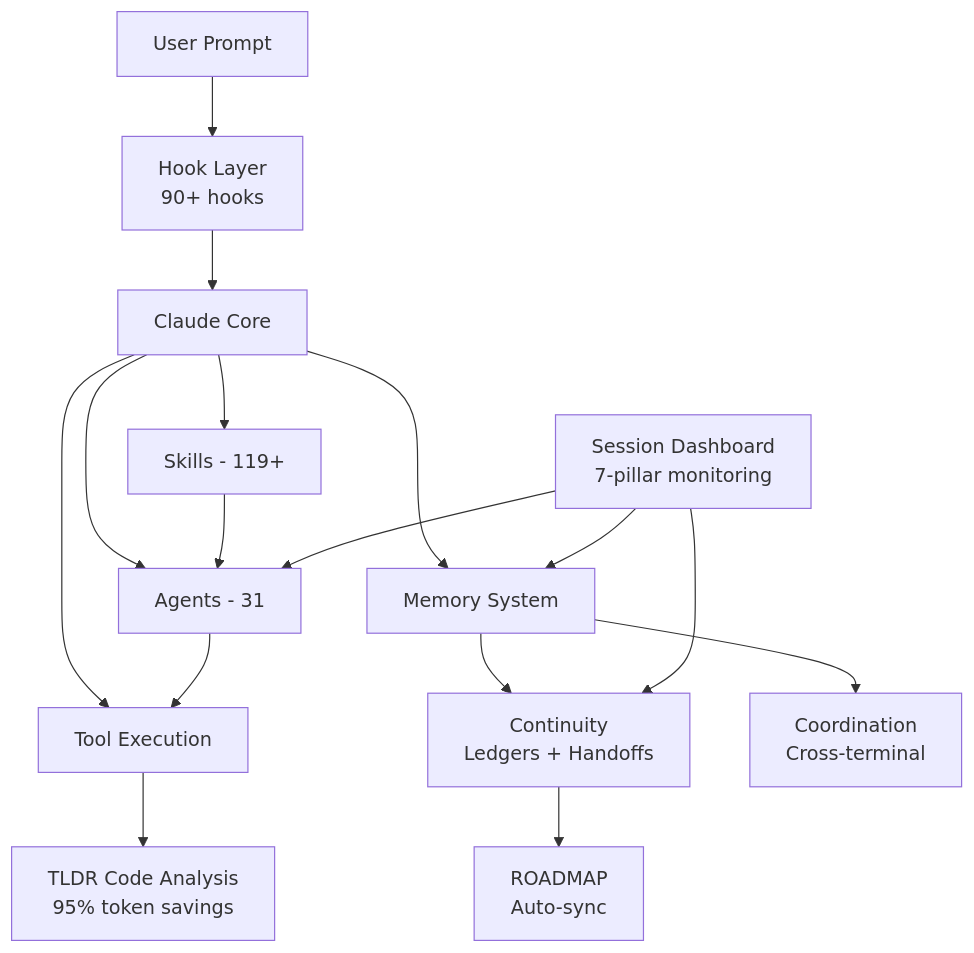
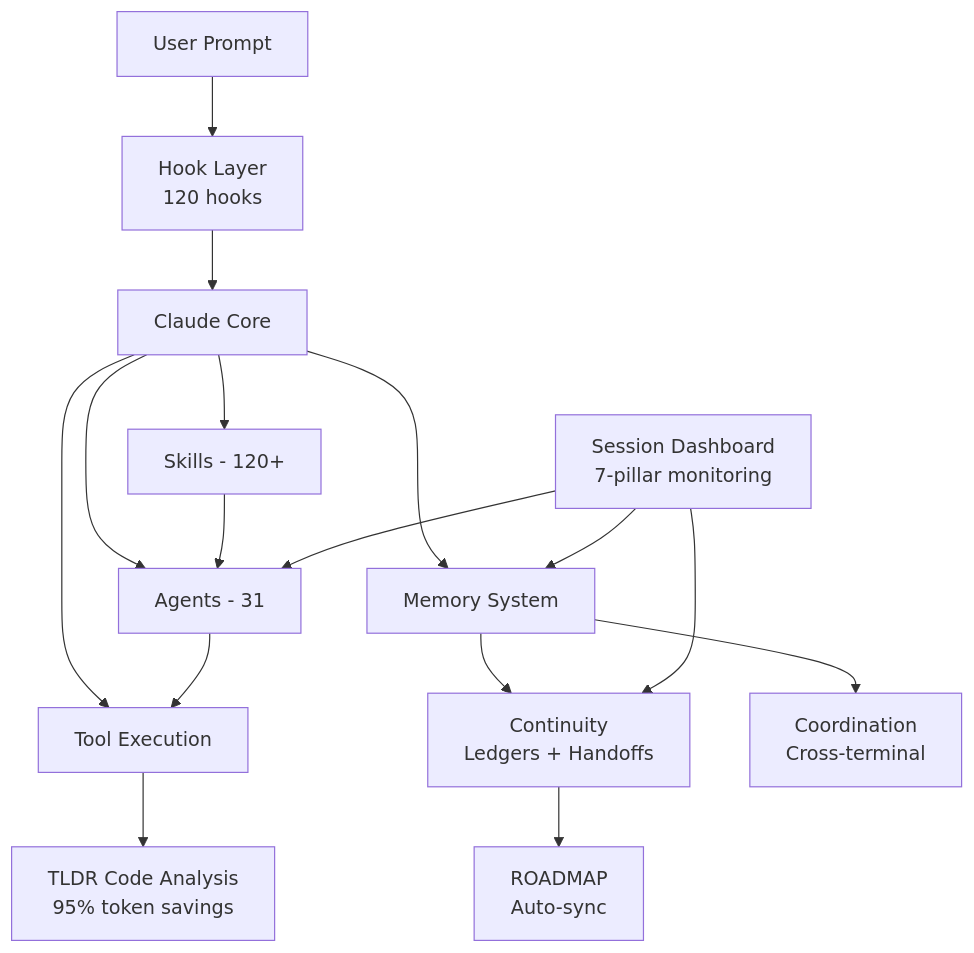
The diagram in README.md (parcadei/Continuous-Claude-v2), drawn with Mermaid before and after one commit. The commit also changed other lines of this file, not shown here.

````diff
--- a/README.md
+++ b/README.md
@@ -912,18 +930,18 @@
 ```mermaid
 graph TB
-    UP[User Prompt] --> HL[Hook Layer<br/>90+ hooks]
+    UP[User Prompt] --> HL[Hook Layer<br/>120 hooks]
     HL --> CC[Claude Core]
     CC --> TE[Tool Execution]
-    CC --> SK[Skills - 119+]
+    CC --> SK[Skills - 120+]
     CC --> AG[Agents - 31]
     CC --> MS[Memory System]
     SK --> AG
     AG --> TE
     TE --> TLDR[TLDR Code Analysis<br/>95% token savings]
     MS --> CL[Continuity<br/>Ledgers + Handoffs]
     MS --> CO[Coordination<br/>Cross-terminal]
     CL --> RM[ROADMAP<br/>Auto-sync]
     SD[Session Dashboard<br/>7-pillar monitoring] --> MS
     SD --> AG
     SD --> CL
 ```
````
